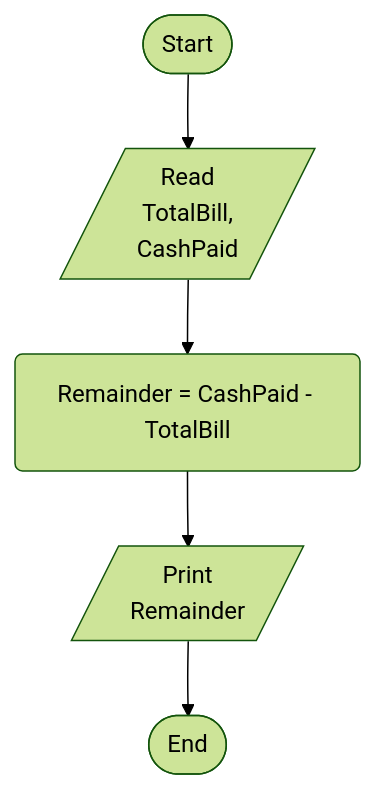
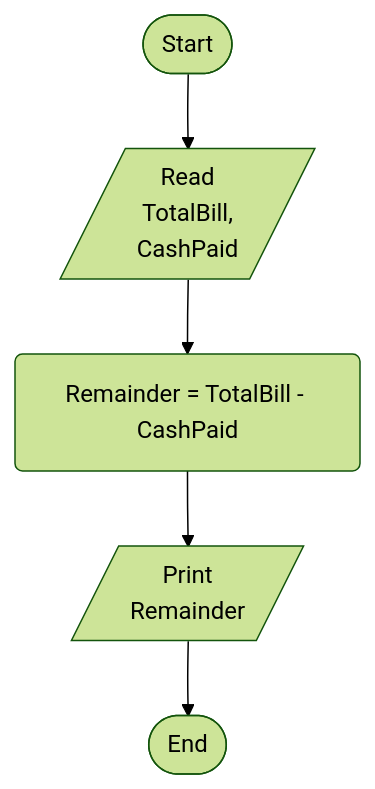
One commit to M4MD24/Algorithms-and-Problem-Solving-Level-1-by-Programming-Advices changed the diagram in src/_37_problem_39/Problem39.mmd. Above: the diagram before and after it, drawn with Mermaid (forest theme).

Commit message:
# Edit Solved Problem 39

```diff
--- a/src/_37_problem_39/Problem39.mmd
+++ b/src/_37_problem_39/Problem39.mmd
@@ -1,13 +1,13 @@
 %% Write a program to read a total bill and cash paid and calculate the remainder to be paid back
 %% Steps
 %% Step 1: Ask the user to enter (TotalBill, CashPaid)
-%% Step 2: Remainder = CashPaid - TotalBill
+%% Step 2: Remainder = TotalBill - CashPaid
 %% Step 3: PrintRemainder
 
 flowchart TD
     Start([Start])
     ReadTotalBillAndCashPaid[/Read\nTotalBill,\nCashPaid/]
-    Remainder(Remainder = CashPaid - TotalBill)
+    Remainder(Remainder = TotalBill - CashPaid)
     PrintRemainder[/Print\nRemainder/]
     End([End])
     Start --> ReadTotalBillAndCashPaid --> Remainder --> PrintRemainder --> End
```
